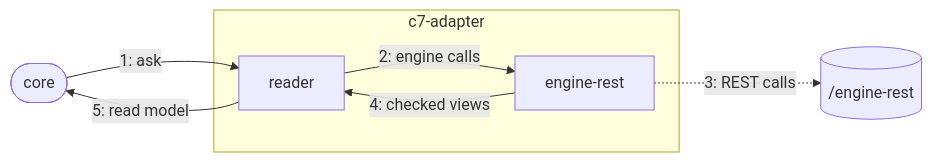
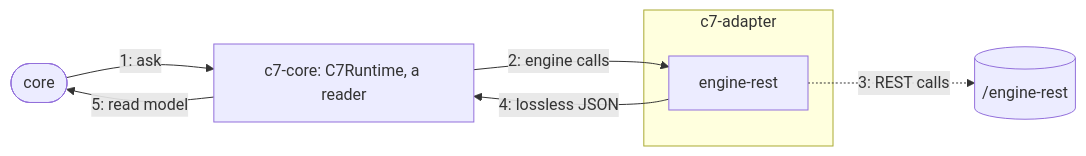
One commit to Miragon/pulse changed the diagram in packages/connectors/c7/c7-adapter/src/README.md. Above: the diagram before and after it, drawn with Mermaid. The commit also changed other lines of this file and 1868 other files, not shown here.

````diff
--- a/packages/connectors/c7/c7-adapter/src/README.md
+++ b/packages/connectors/c7/c7-adapter/src/README.md
@@ -21,13 +21,13 @@
 ```mermaid
 flowchart LR
   core(["core"])
+  reader["c7-core: C7Runtime, a reader"]
   subgraph adapter ["c7-adapter"]
-    reader["reader"]
     rest["engine-rest"]
   end
   core -- "1: ask" --> reader
   reader -- "2: engine calls" --> rest
   rest -. "3: REST calls" .-> engine[("/engine-rest")]
-  rest -- "4: checked views" --> reader
+  rest -- "4: lossless JSON" --> reader
   reader -- "5: read model" --> core
 ```
````
